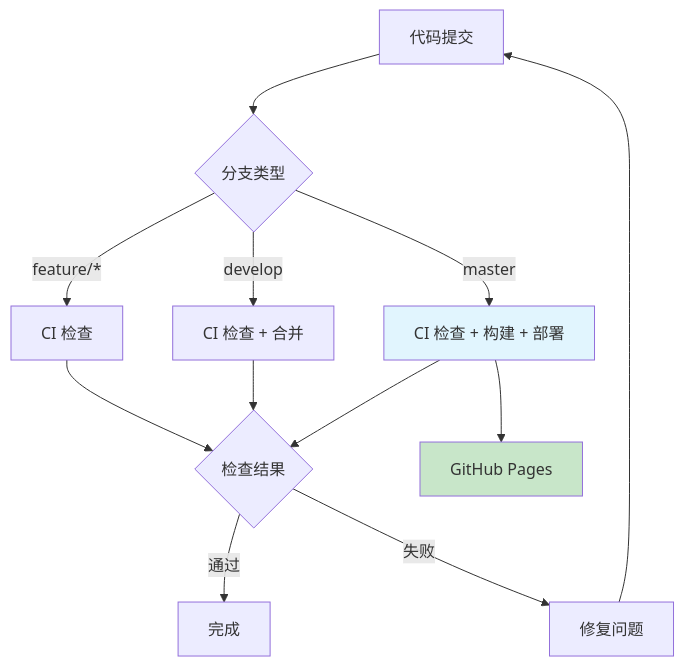
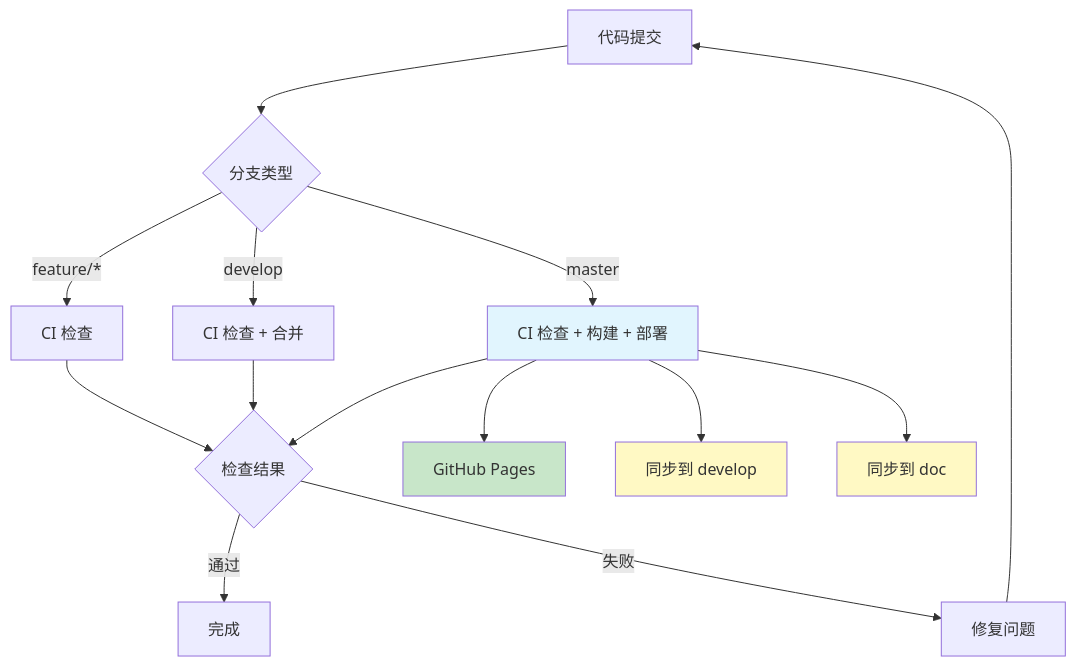
The diagram in docs/building/CICD配置.md (Owl23007/simple-my-blog), drawn with Mermaid before and after one commit. The commit also changed other lines of this file and 3 other files, not shown here.

````diff
--- a/docs/building/CICD配置.md
+++ b/docs/building/CICD配置.md
@@ -19,20 +19,24 @@
 ```mermaid
 graph TD
     A[代码提交] --> B{分支类型}
     B -->|feature/*| C[CI 检查]
     B -->|develop| D[CI 检查 + 合并]
     B -->|master| E[CI 检查 + 构建 + 部署]
 
     C --> F{检查结果}
     D --> F
     E --> F
 
     F -->|通过| G[完成]
     F -->|失败| H[修复问题]
     H --> A
 
     E --> I[GitHub Pages]
+    E --> J[同步到 develop]
+    E --> K[同步到 doc]
 
     style E fill:#e1f5fe
     style I fill:#c8e6c9
+    style J fill:#fff9c4
+    style K fill:#fff9c4
 ```
````
